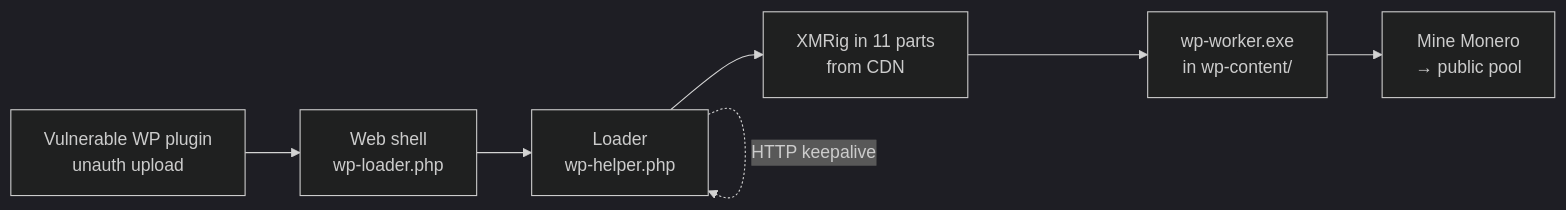
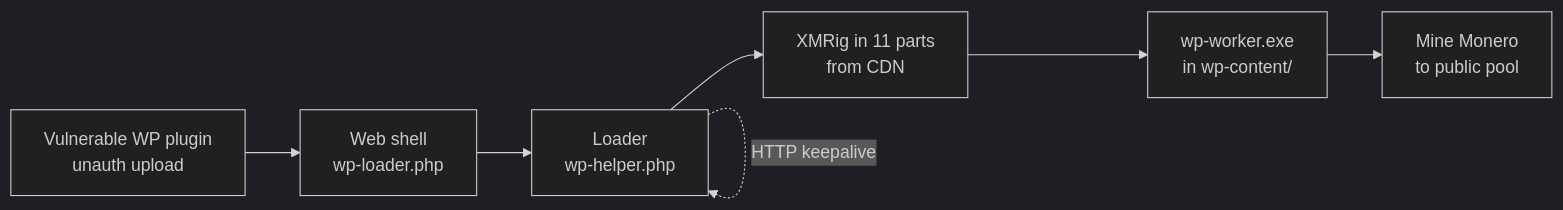
Before and after one commit to ZenithGenius/wordpress-xmrig-cryptojacking: the diagram in README.md, drawn with Mermaid (dark theme). The commit also changed other lines of this file and 5 other files, not shown here.

````diff
--- a/README.md
+++ b/README.md
@@ -48,9 +38,9 @@
 ```mermaid
 flowchart LR
     A[Vulnerable WP plugin<br/>unauth upload] --> B[Web shell<br/>wp-loader.php]
     B --> C[Loader<br/>wp-helper.php]
     C --> D[XMRig in 11 parts<br/>from CDN]
     D --> E[wp-worker.exe<br/>in wp-content/]
-    E --> F[Mine Monero<br/>→ public pool]
+    E --> F[Mine Monero<br/>to public pool]
     C -. HTTP keepalive .-> C
 ```
````
